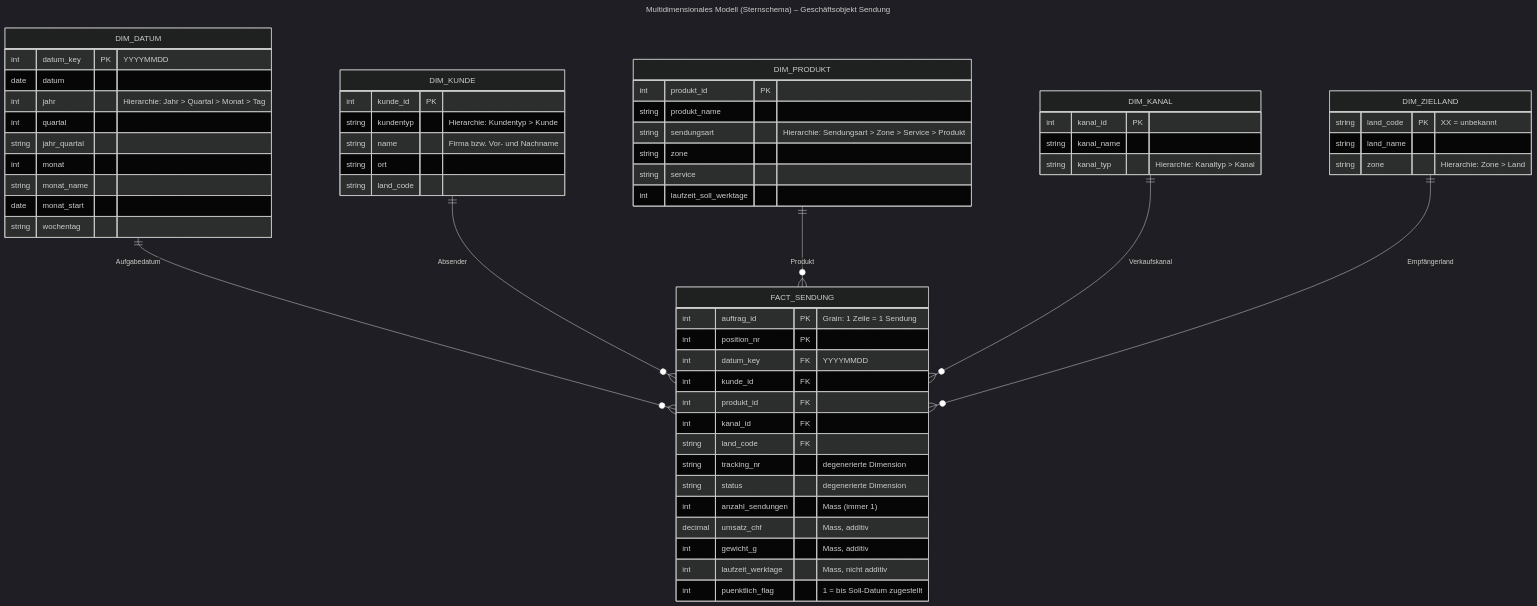
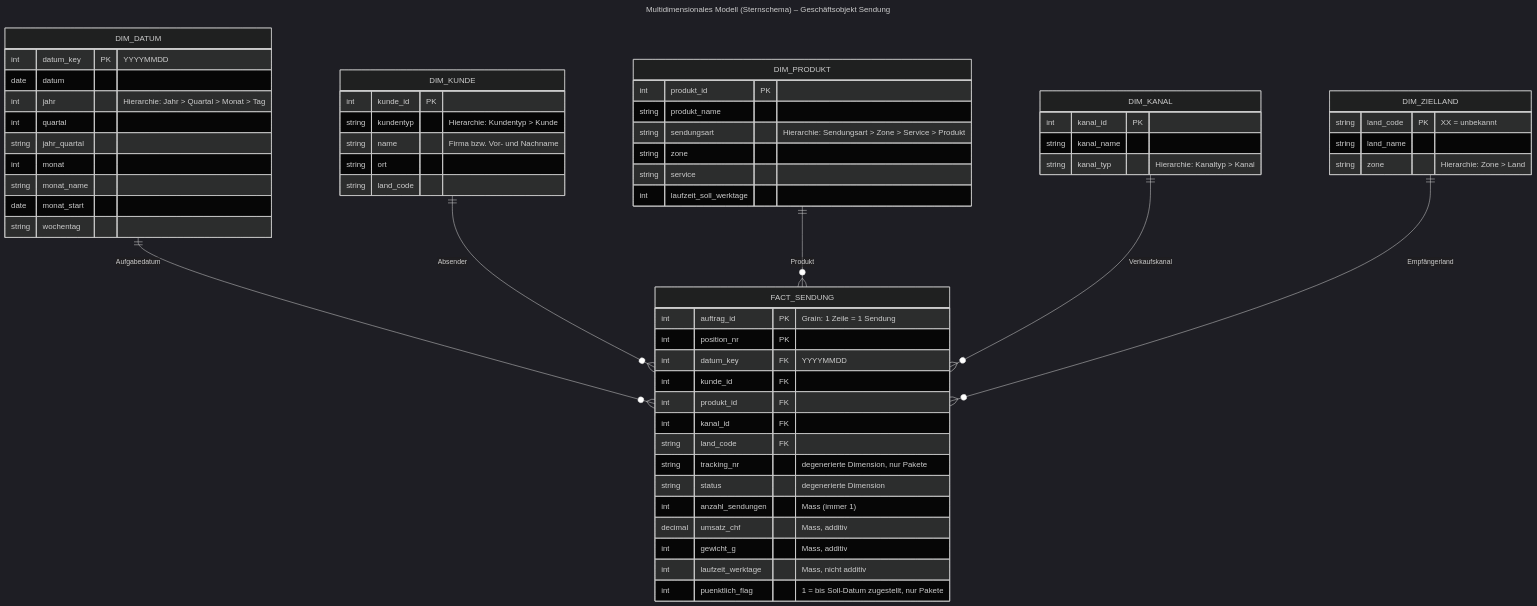
Before and after one commit to taar1/ZHAW_DB_DQH_Leistungsnachweis: the diagram in docs/diagramme/sternschema_sendung.mmd, drawn with Mermaid (dark theme). The commit also changed 10 other files, not shown here.

```diff
--- a/docs/diagramme/sternschema_sendung.mmd
+++ b/docs/diagramme/sternschema_sendung.mmd
@@ -1,62 +1,62 @@
 ---
 title: Multidimensionales Modell (Sternschema) – Geschäftsobjekt Sendung
 ---
 erDiagram
     DIM_DATUM ||--o{ FACT_SENDUNG : "Aufgabedatum"
     DIM_KUNDE ||--o{ FACT_SENDUNG : "Absender"
     DIM_PRODUKT ||--o{ FACT_SENDUNG : "Produkt"
     DIM_KANAL ||--o{ FACT_SENDUNG : "Verkaufskanal"
     DIM_ZIELLAND ||--o{ FACT_SENDUNG : "Empfängerland"
 
     FACT_SENDUNG {
         int auftrag_id PK "Grain: 1 Zeile = 1 Sendung"
         int position_nr PK
         int datum_key FK "YYYYMMDD"
         int kunde_id FK
         int produkt_id FK
         int kanal_id FK
         string land_code FK
-        string tracking_nr "degenerierte Dimension"
+        string tracking_nr "degenerierte Dimension, nur Pakete"
         string status "degenerierte Dimension"
         int anzahl_sendungen "Mass (immer 1)"
         decimal umsatz_chf "Mass, additiv"
         int gewicht_g "Mass, additiv"
         int laufzeit_werktage "Mass, nicht additiv"
-        int puenktlich_flag "1 = bis Soll-Datum zugestellt"
+        int puenktlich_flag "1 = bis Soll-Datum zugestellt, nur Pakete"
     }
     DIM_DATUM {
         int datum_key PK "YYYYMMDD"
         date datum
         int jahr "Hierarchie: Jahr > Quartal > Monat > Tag"
         int quartal
         string jahr_quartal
         int monat
         string monat_name
         date monat_start
         string wochentag
     }
     DIM_KUNDE {
         int kunde_id PK
         string kundentyp "Hierarchie: Kundentyp > Kunde"
         string name "Firma bzw. Vor- und Nachname"
         string ort
         string land_code
     }
     DIM_PRODUKT {
         int produkt_id PK
         string produkt_name
         string sendungsart "Hierarchie: Sendungsart > Zone > Service > Produkt"
         string zone
         string service
         int laufzeit_soll_werktage
     }
     DIM_KANAL {
         int kanal_id PK
         string kanal_name
         string kanal_typ "Hierarchie: Kanaltyp > Kanal"
     }
     DIM_ZIELLAND {
         string land_code PK "XX = unbekannt"
         string land_name
         string zone "Hierarchie: Zone > Land"
     }
```
